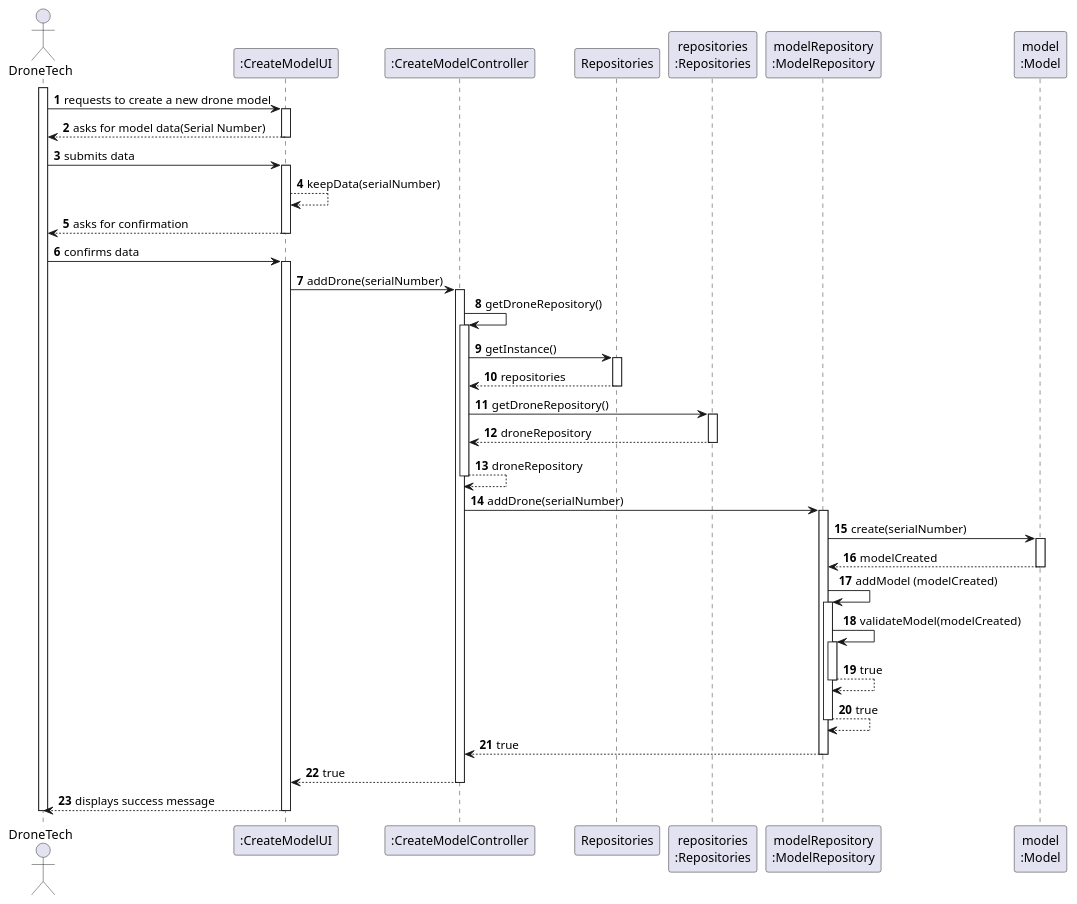
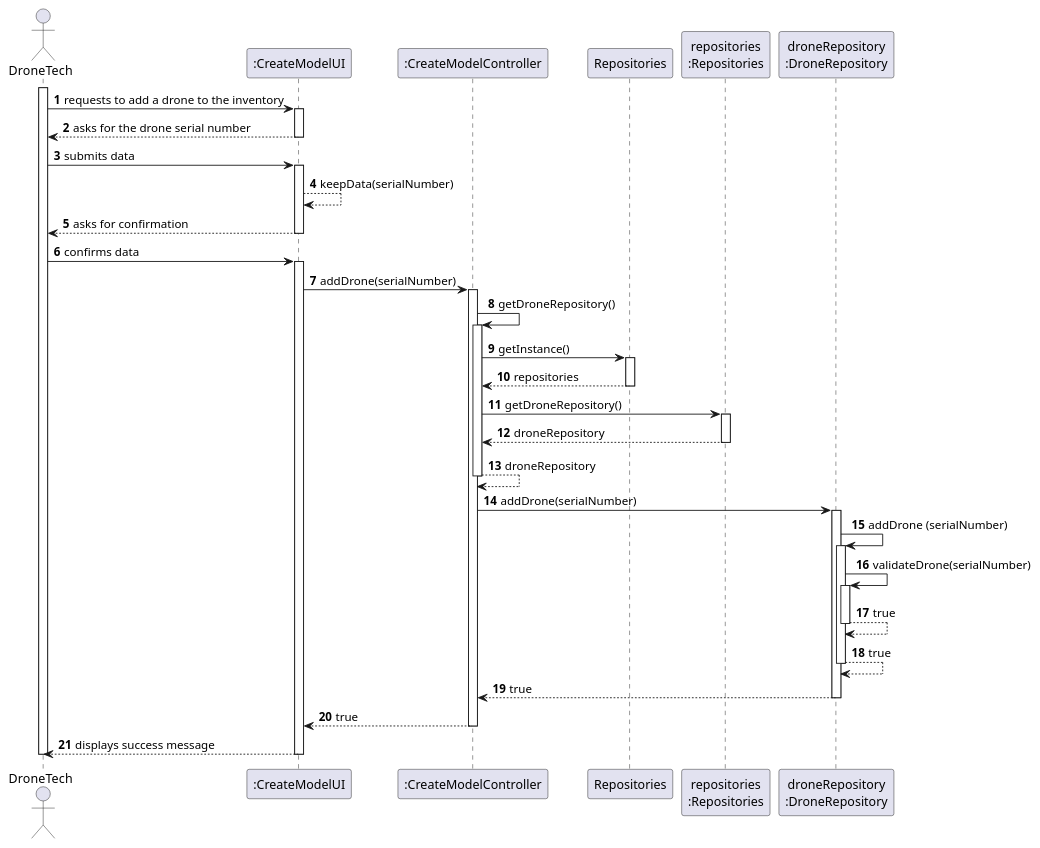
One commit to diogoveirospro/sem4pi-2024-2025-sem4pi_2024_2025_g44 changed the diagram in docs/SPRINT_2/US241/puml/sequence_model_us241.puml. Above: the diagram before and after it, drawn with PlantUML. The commit also changed 4 other files, not shown here.

```diff
--- a/docs/SPRINT_2/US241/puml/sequence_model_us241.puml
+++ b/docs/SPRINT_2/US241/puml/sequence_model_us241.puml
@@ -1,72 +1,65 @@
 @startuml
 'skinparam monochrome true
 skinparam packageStyle rectangle
 skinparam shadowing false
 
 autonumber
 
 actor "DroneTech" as DT
 participant ":CreateModelUI" as UI
 participant ":CreateModelController" as CTRL
 participant "Repositories" as REPOS
 participant "repositories\n:Repositories" as REPOS_SINGLETON
-participant "modelRepository\n:ModelRepository" as MOD_REPO
-participant "model\n:Model" as MODEL
+participant "droneRepository\n:DroneRepository" as DRN_REPO
 
 activate DT
 
-DT -> UI : requests to create a new drone model
+DT -> UI : requests to add a drone to the inventory
 activate UI
-    UI --> DT : asks for model data(Serial Number)
+    UI --> DT : asks for the drone serial number
         deactivate UI
     DT -> UI : submits data
     activate UI
     UI --> UI : keepData(serialNumber)
     UI --> DT : asks for confirmation
     deactivate UI
     DT -> UI : confirms data
     activate UI
     UI -> CTRL : addDrone(serialNumber)
     activate CTRL
         CTRL -> CTRL :getDroneRepository()
         activate CTRL
         CTRL -> REPOS : getInstance()
         activate REPOS
             REPOS --> CTRL : repositories
         deactivate REPOS
 
         CTRL -> REPOS_SINGLETON : getDroneRepository()
         activate REPOS_SINGLETON
             REPOS_SINGLETON --> CTRL : droneRepository
         deactivate REPOS_SINGLETON
         CTRL -->CTRL : droneRepository
         deactivate CTRL
-            CTRL -> MOD_REPO : addDrone(serialNumber)
-            activate MOD_REPO
+            CTRL -> DRN_REPO : addDrone(serialNumber)
+            activate DRN_REPO
 
+        DRN_REPO -> DRN_REPO: addDrone (serialNumber)
+                activate DRN_REPO
+                    DRN_REPO -> DRN_REPO: validateDrone(serialNumber)
+                    activate DRN_REPO
+                        DRN_REPO --> DRN_REPO : true
+                    deactivate DRN_REPO
 
-
-        MOD_REPO -> MODEL : create(serialNumber)
-        activate MODEL
-        MODEL --> MOD_REPO : modelCreated
-        deactivate MODEL
-        MOD_REPO -> MOD_REPO: addModel (modelCreated)
-                activate MOD_REPO
-                    MOD_REPO -> MOD_REPO: validateModel(modelCreated)
-                    activate MOD_REPO
-                        MOD_REPO --> MOD_REPO : true
-                    deactivate MOD_REPO
-
-                    MOD_REPO --> MOD_REPO : true
-                deactivate MOD_REPO
-            MOD_REPO --> CTRL : true
-        deactivate MOD_REPO
+                    DRN_REPO --> DRN_REPO : true
+                deactivate DRN_REPO
+            DRN_REPO --> CTRL : true
+        deactivate DRN_REPO
 
         CTRL --> UI : true
     deactivate CTRL
 
 UI --> DT : displays success message
 deactivate UI
 deactivate DT
 
 @enduml
```
